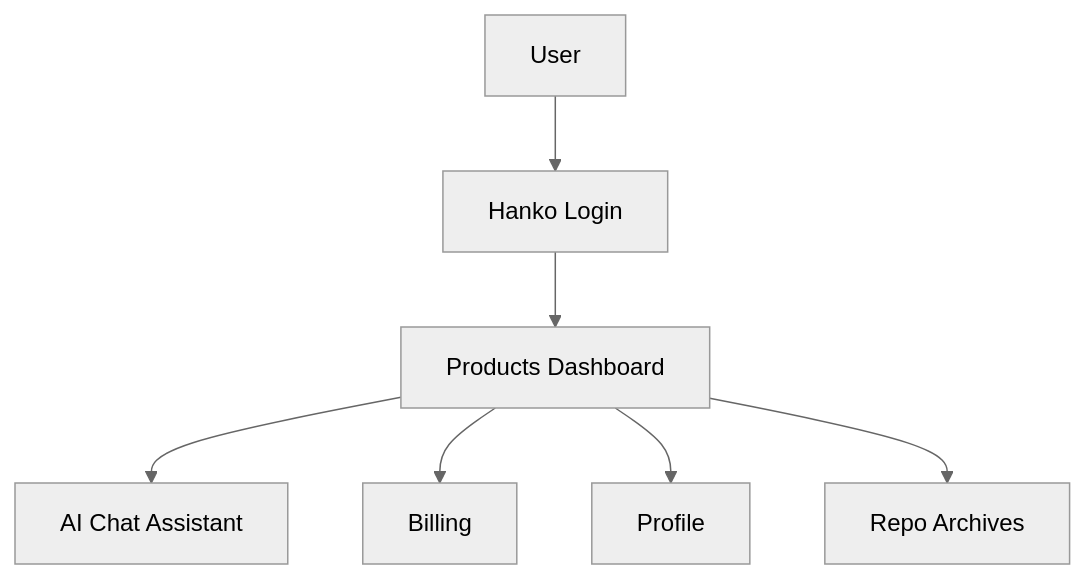
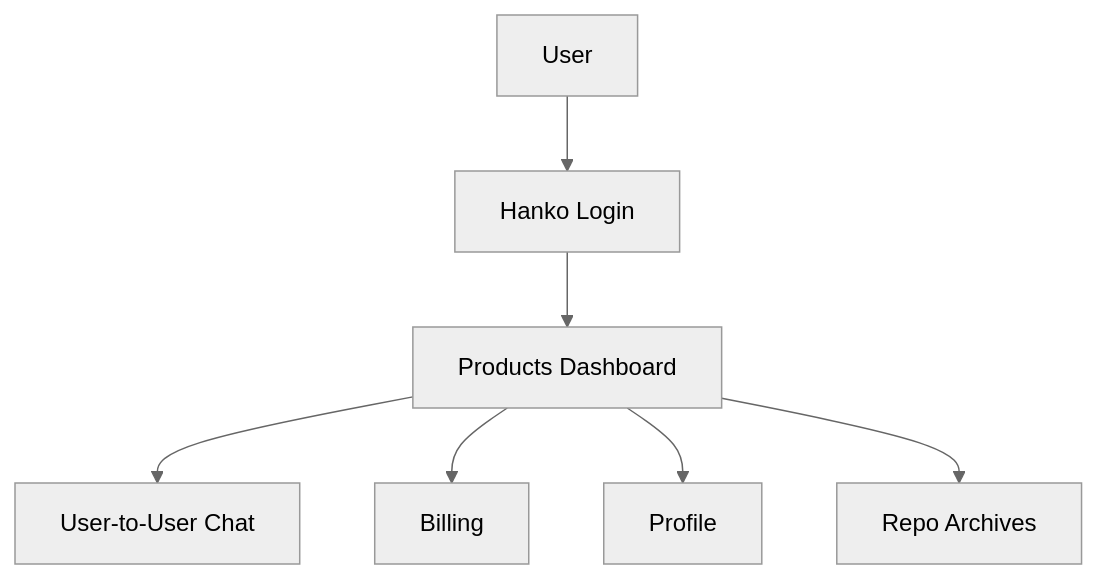
One commit to dirm02/bloggista changed the fourth of 14 diagrams in expansion.md. Above: the diagram before and after it, drawn with Mermaid (neutral theme). The commit also changed other lines of this file, not shown here.

````diff
--- a/expansion.md
+++ b/expansion.md
@@ -106,9 +144,9 @@
 ```mermaid
 flowchart TB
     User[User] --> Login[Hanko Login]
     Login --> Products[Products Dashboard]
-    Products --> AIChat[AI Chat Assistant]
+    Products --> UserChat[User-to-User Chat]
     Products --> Billing[Billing]
     Products --> Profile[Profile]
     Products --> Archives[Repo Archives]
 ```
````
